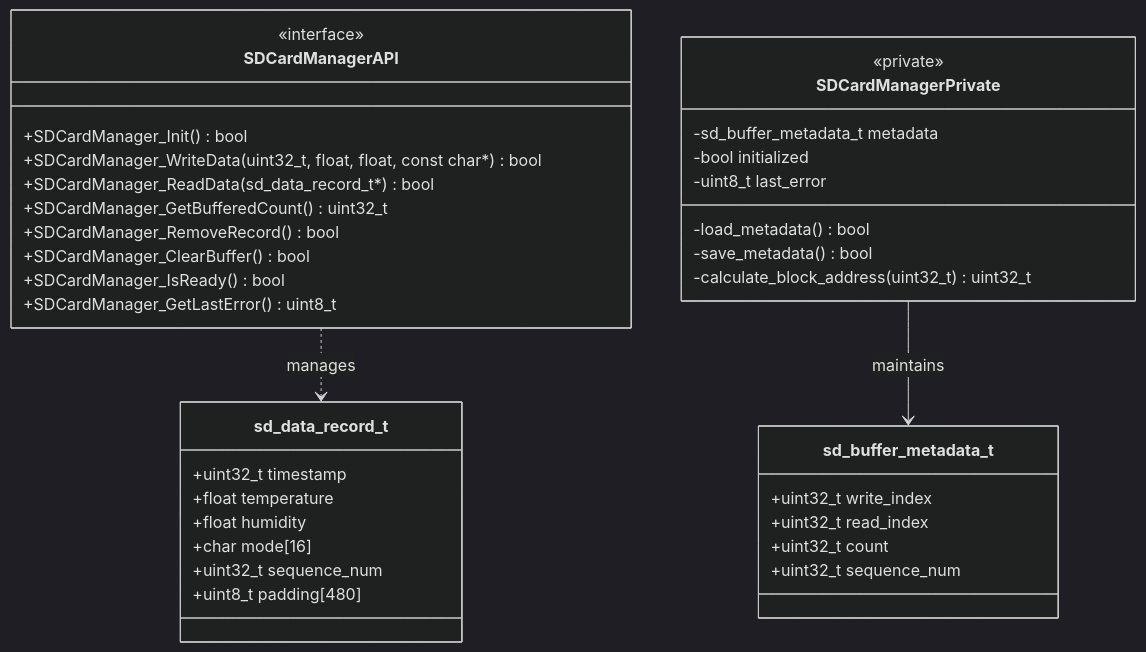
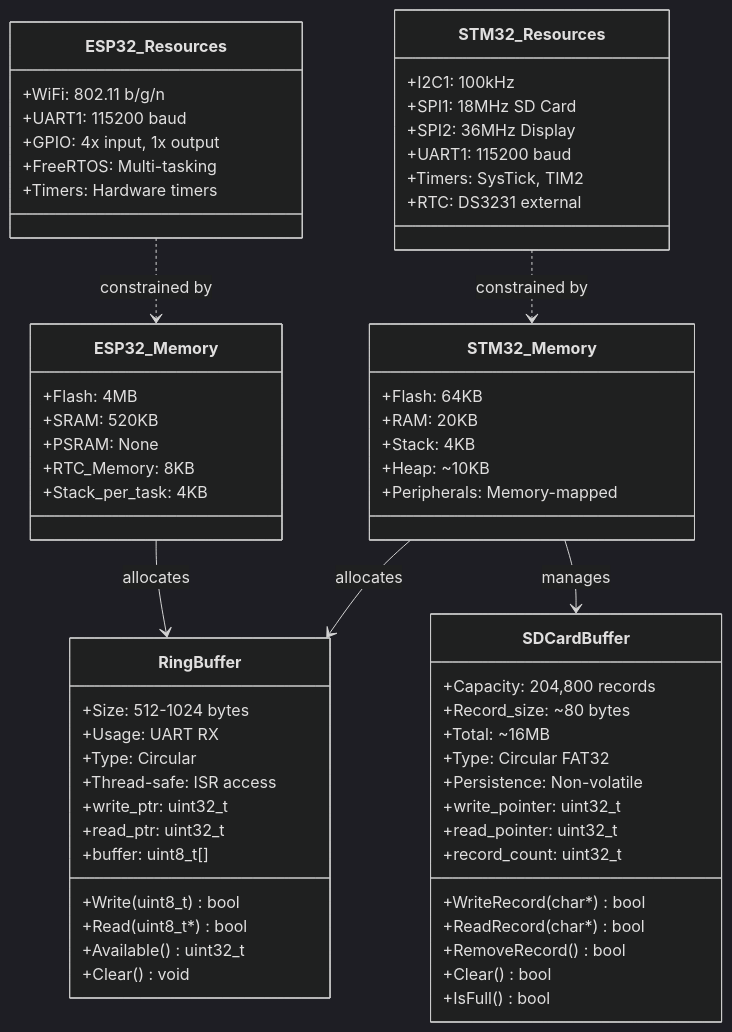
One commit to meeTeam05/datalogger changed the second of 6 diagrams in documents/firmware/UML_DIAGRAM_FIRMWARE.md. Above: the diagram before and after it, drawn with Mermaid (dark theme). The commit also changed other lines of this file, not shown here.

Commit message:
fix(docs): refactor uml class diagrams for stm32 and esp32 firmware

````diff
--- a/documents/firmware/UML_DIAGRAM_FIRMWARE.md
+++ b/documents/firmware/UML_DIAGRAM_FIRMWARE.md
@@ -606,43 +179,72 @@
 ```mermaid
 classDiagram
-    class sd_data_record_t {
-        +uint32_t timestamp
-        +float temperature
-        +float humidity
-        +char mode[16]
-        +uint32_t sequence_num
-        +uint8_t padding[480]
+    class STM32_Memory {
+        +Flash: 64KB
+        +RAM: 20KB
+        +Stack: 4KB
+        +Heap: ~10KB
+        +Peripherals: Memory-mapped
     }
 
-    class sd_buffer_metadata_t {
-        +uint32_t write_index
-        +uint32_t read_index
-        +uint32_t count
-        +uint32_t sequence_num
+    class STM32_Resources {
+        +I2C1: 100kHz
+        +SPI1: 18MHz SD Card
+        +SPI2: 36MHz Display
+        +UART1: 115200 baud
+        +Timers: SysTick, TIM2
+        +RTC: DS3231 external
     }
 
-    class SDCardManagerAPI {
-        <<interface>>
-        +SDCardManager_Init() bool
-        +SDCardManager_WriteData(uint32_t, float, float, const char*) bool
-        +SDCardManager_ReadData(sd_data_record_t*) bool
-        +SDCardManager_GetBufferedCount() uint32_t
-        +SDCardManager_RemoveRecord() bool
-        +SDCardManager_ClearBuffer() bool
-        +SDCardManager_IsReady() bool
-        +SDCardManager_GetLastError() uint8_t
+    class ESP32_Memory {
+        +Flash: 4MB
+        +SRAM: 520KB
+        +PSRAM: None
+        +RTC_Memory: 8KB
+        +Stack_per_task: 4KB
     }
 
-    class SDCardManagerPrivate {
-        <<private>>
-        -sd_buffer_metadata_t metadata
-        -bool initialized
-        -uint8_t last_error
-        -load_metadata() bool
-        -save_metadata() bool
-        -calculate_block_address(uint32_t) uint32_t
+    class ESP32_Resources {
+        +WiFi: 802.11 b/g/n
+        +UART1: 115200 baud
+        +GPIO: 4x input, 1x output
+        +FreeRTOS: Multi-tasking
+        +Timers: Hardware timers
     }
 
-    SDCardManagerAPI ..> sd_data_record_t : manages
-    SDCardManagerPrivate --> sd_buffer_metadata_t : maintains
+    class RingBuffer {
+        +Size: 512-1024 bytes
+        +Usage: UART RX
+        +Type: Circular
+        +Thread-safe: ISR access
+        +write_ptr: uint32_t
+        +read_ptr: uint32_t
+        +buffer: uint8_t[]
+        +Write(uint8_t) bool
+        +Read(uint8_t*) bool
+        +Available() uint32_t
+        +Clear() void
+    }
+
+    class SDCardBuffer {
+        +Capacity: 204,800 records
+        +Record_size: ~80 bytes
+        +Total: ~16MB
+        +Type: Circular FAT32
+        +Persistence: Non-volatile
+        +write_pointer: uint32_t
+        +read_pointer: uint32_t
+        +record_count: uint32_t
+        +WriteRecord(char*) bool
+        +ReadRecord(char*) bool
+        +RemoveRecord() bool
+        +Clear() bool
+        +IsFull() bool
+    }
+
+    STM32_Memory --> RingBuffer : allocates
+    STM32_Memory --> SDCardBuffer : manages
+    ESP32_Memory --> RingBuffer : allocates
+
+    STM32_Resources ..> STM32_Memory : constrained by
+    ESP32_Resources ..> ESP32_Memory : constrained by
 ```
````
